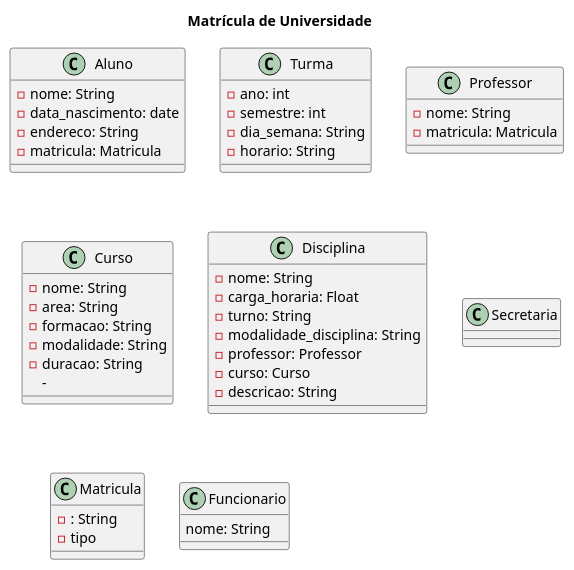
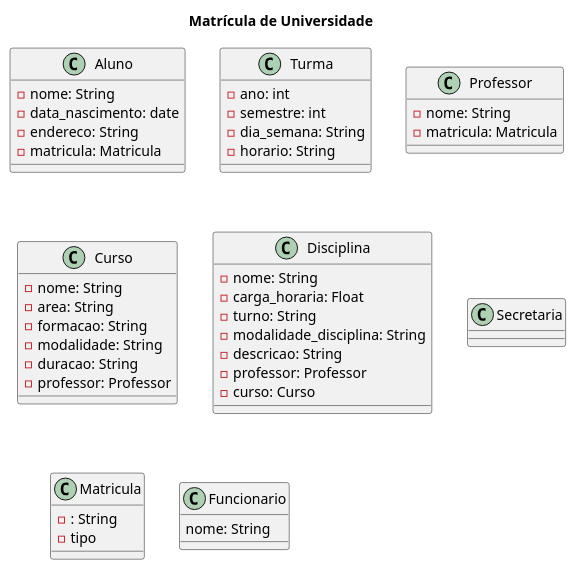
The diagram in diagrama.plantuml (anleaes/2022-1-N2-POO-05), drawn with PlantUML before and after one commit. The commit also changed 2 other files, not shown here.

Commit message:
Adicionei a classe Curso e Disciplina e ajeitei o uml de Curso

```diff
--- a/diagrama.plantuml
+++ b/diagrama.plantuml
@@ -1,65 +1,64 @@
 @startuml
 
 title Matrícula de Universidade
 
 
 class Aluno{
     - nome: String
     - data_nascimento: date
     - endereco: String
     - matricula: Matricula 
 
 }
 
 class Turma{
     - ano: int
     - semestre: int
     - dia_semana: String
     - horario: String
 
 }
 
 class Professor{
     - nome: String
     - matricula: Matricula
 }
 
 class Curso{
     - nome: String  
     - area: String
     - formacao: String
     - modalidade: String
     - duracao: String
-    - 
-
+    - professor: Professor
 }
 
 class Disciplina{
     - nome: String
     - carga_horaria: Float
     - turno: String
     - modalidade_disciplina: String
+    - descricao: String
     - professor: Professor
     - curso: Curso
-    - descricao: String
 
 }
 
 class Secretaria{
 
 
 
 }
 
 class Matricula{
     - : String
     - tipo
 
 }
 
 class Funcionario{
     nome: String
 
 }
 
 @enduml
```
